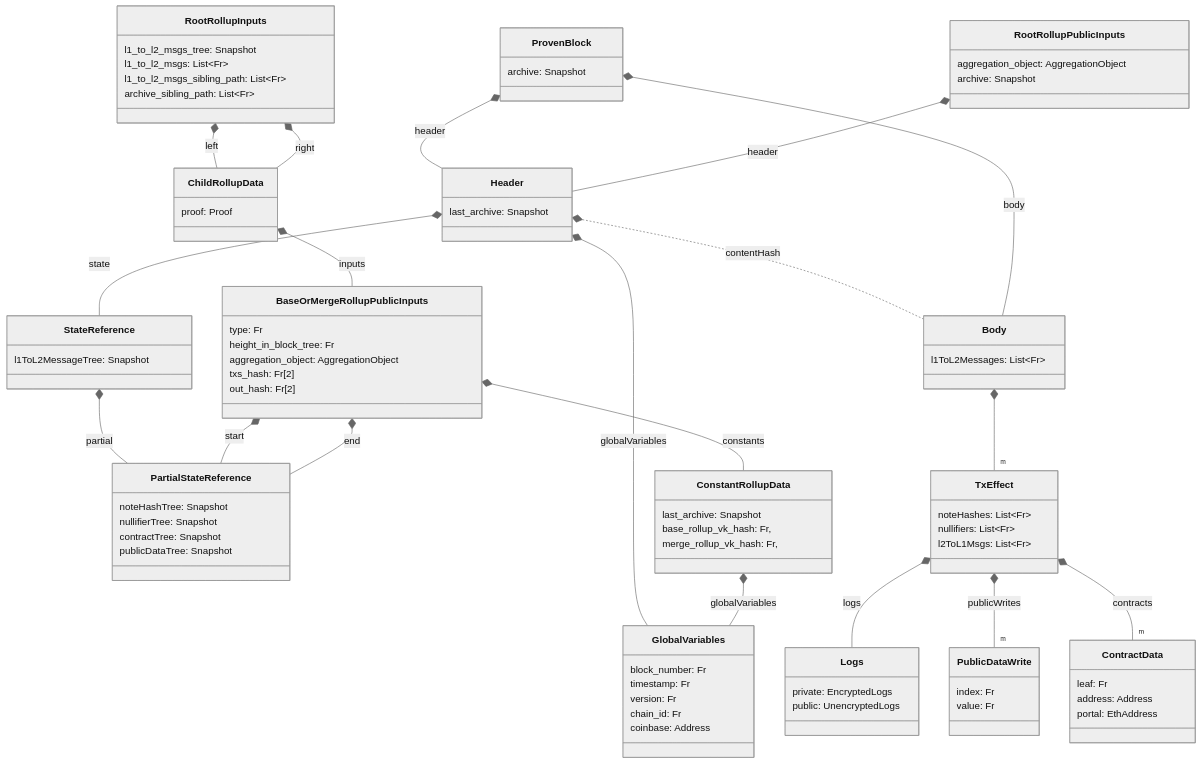
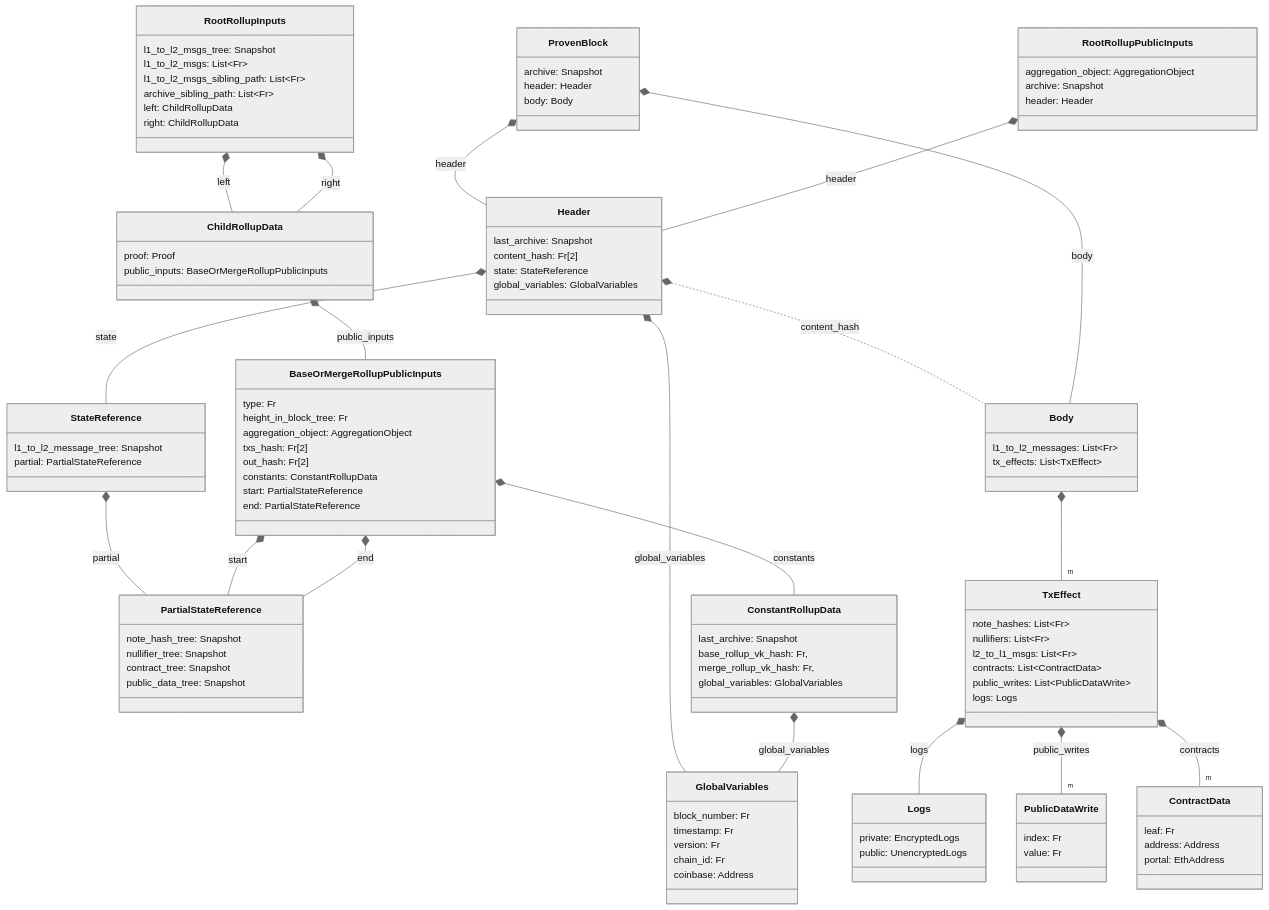
The second of 2 diagrams in yellow-paper/docs/rollup-circuits/root_rollup.md (AztecProtocol/aztec-packages), drawn with Mermaid (neutral theme) before and after one commit. The commit also changed 5 other files, not shown here.

Commit message:
chore: update diagrams

````diff
--- a/yellow-paper/docs/rollup-circuits/root_rollup.md
+++ b/yellow-paper/docs/rollup-circuits/root_rollup.md
@@ -24,14 +24,15 @@
 direction TB
 
 class PartialStateReference {
-    noteHashTree: Snapshot
-    nullifierTree: Snapshot
-    contractTree: Snapshot
-    publicDataTree: Snapshot
+    note_hash_tree: Snapshot
+    nullifier_tree: Snapshot
+    contract_tree: Snapshot
+    public_data_tree: Snapshot
 }
 
 class StateReference {
-    l1ToL2MessageTree: Snapshot
+    l1_to_l2_message_tree: Snapshot
+    partial: PartialStateReference
 }
 StateReference *-- PartialStateReference: partial
 
@@ -45,10 +46,13 @@
 
 class Header {
     last_archive: Snapshot
+    content_hash: Fr[2]
+    state: StateReference
+    global_variables: GlobalVariables
 }
-Header *.. Body : contentHash
+Header *.. Body : content_hash
 Header *-- StateReference : state
-Header *-- GlobalVariables : globalVariables
+Header *-- GlobalVariables : global_variables
 
 class ContractData {
     leaf: Fr
@@ -67,21 +71,27 @@
 }
 
 class TxEffect {
-    noteHashes: List~Fr~
+    note_hashes: List~Fr~
     nullifiers: List~Fr~
-    l2ToL1Msgs: List~Fr~
+    l2_to_l1_msgs: List~Fr~
+    contracts: List~ContractData~
+    public_writes: List~PublicDataWrite~
+    logs: Logs
 }
 TxEffect *-- "m" ContractData: contracts
-TxEffect *-- "m" PublicDataWrite: publicWrites
+TxEffect *-- "m" PublicDataWrite: public_writes
 TxEffect *-- Logs : logs
 
 class Body {
-    l1ToL2Messages: List~Fr~
+    l1_to_l2_messages: List~Fr~
+    tx_effects: List~TxEffect~
 }
 Body *-- "m" TxEffect
 
 class ProvenBlock { 
     archive: Snapshot
+    header: Header
+    body: Body
 }
 
 ProvenBlock *-- Header : header
@@ -91,8 +101,9 @@
   last_archive: Snapshot
   base_rollup_vk_hash: Fr,
   merge_rollup_vk_hash: Fr,
+  global_variables: GlobalVariables
 }
-ConstantRollupData *-- GlobalVariables : globalVariables
+ConstantRollupData *-- GlobalVariables : global_variables
 
 class BaseOrMergeRollupPublicInputs {
     type: Fr
@@ -100,6 +111,9 @@
     aggregation_object: AggregationObject
     txs_hash: Fr[2]
     out_hash: Fr[2]
+    constants: ConstantRollupData
+    start: PartialStateReference
+    end: PartialStateReference
 }
 BaseOrMergeRollupPublicInputs *-- ConstantRollupData : constants
 BaseOrMergeRollupPublicInputs *-- PartialStateReference : start
@@ -107,8 +121,9 @@
 
 class ChildRollupData {
     proof: Proof
+    public_inputs: BaseOrMergeRollupPublicInputs
 }
-ChildRollupData *-- BaseOrMergeRollupPublicInputs: inputs
+ChildRollupData *-- BaseOrMergeRollupPublicInputs: public_inputs
 
 class RootRollupInputs { 
     l1_to_l2_msgs_tree: Snapshot
@@ -116,6 +131,8 @@
     l1_to_l2_msgs_sibling_path: List~Fr~
 
     archive_sibling_path: List~Fr~
+    left: ChildRollupData
+    right: ChildRollupData
 }
 RootRollupInputs *-- ChildRollupData: left
 RootRollupInputs *-- ChildRollupData: right
@@ -123,6 +140,7 @@
 class RootRollupPublicInputs {
     aggregation_object: AggregationObject
     archive: Snapshot
+    header: Header
 }
 RootRollupPublicInputs *--Header : header
 ```
````
